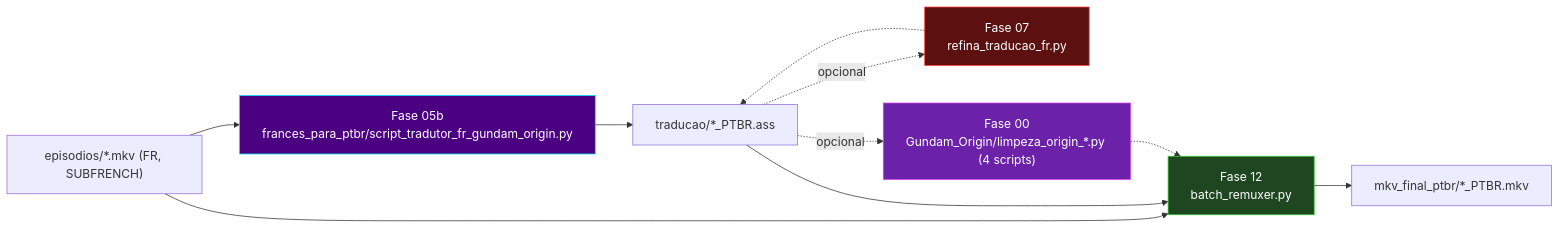
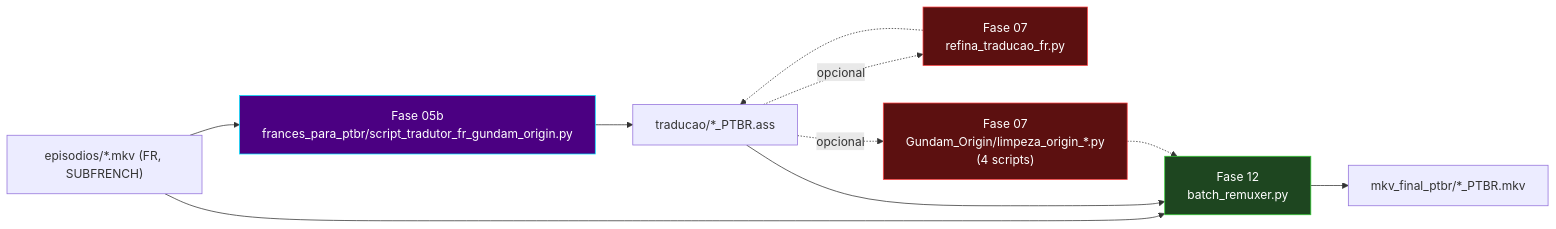
One commit to carmipa/projeto-tracker-animes-traducao changed diagram 11 of 15 in docs/arquitetura.md. Above: the diagram before and after it, drawn with Mermaid. The commit also changed other lines of this file and 38 other files, not shown here.

````diff
--- a/docs/arquitetura.md
+++ b/docs/arquitetura.md
@@ -406,17 +409,17 @@
 ```mermaid
 flowchart LR
     J_MKV["episodios/*.mkv (FR, SUBFRENCH)"] --> J_F05B["Fase 05b<br/>frances_para_ptbr/script_tradutor_fr_gundam_origin.py"]
     J_F05B --> J_ASS["traducao/*_PTBR.ass"]
     J_ASS -.->|"opcional"| J_F07["Fase 07<br/>refina_traducao_fr.py"]
     J_F07 -.-> J_ASS
-    J_ASS -.->|"opcional"| J_HYG["Fase 00<br/>Gundam_Origin/limpeza_origin_*.py (4 scripts)"]
+    J_ASS -.->|"opcional"| J_F07B["Fase 07<br/>Gundam_Origin/limpeza_origin_*.py<br/>(4 scripts)"]
     J_MKV --> J_F12["Fase 12<br/>batch_remuxer.py"]
     J_ASS --> J_F12
-    J_HYG -.-> J_F12
+    J_F07B -.-> J_F12
     J_F12 --> J_OUT["mkv_final_ptbr/*_PTBR.mkv"]
 
     style J_F05B fill:#4B0082,stroke:#00E5FF,color:#fff
     style J_F07 fill:#5c1010,stroke:#ff4444,color:#fff
-    style J_HYG fill:#6b21a8,stroke:#d946ef,color:#fff
+    style J_F07B fill:#5c1010,stroke:#ff4444,color:#fff
     style J_F12 fill:#1e4620,stroke:#32CD32,color:#fff
 ```
````
